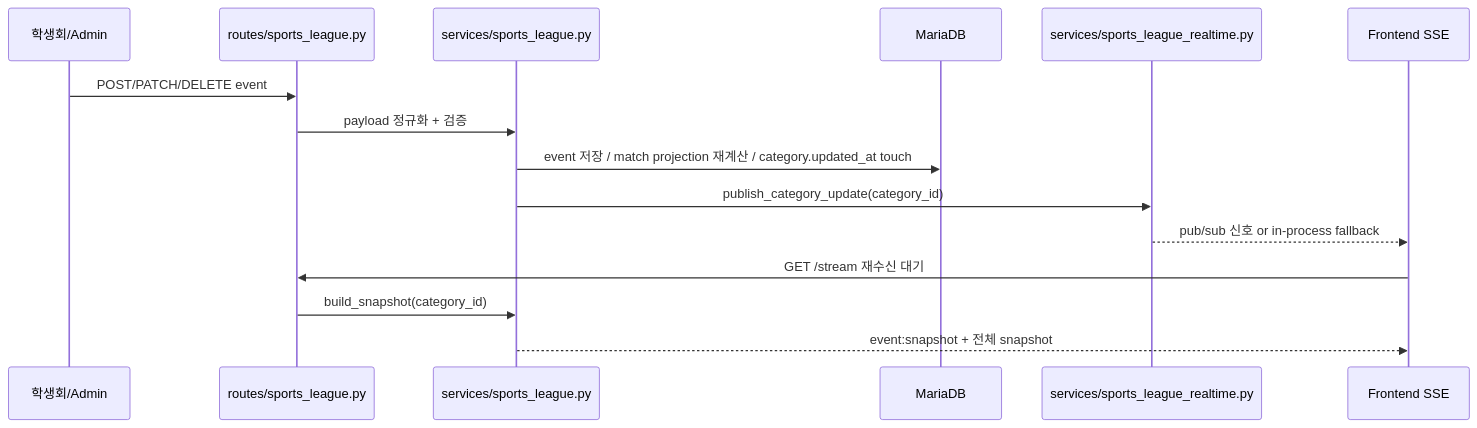
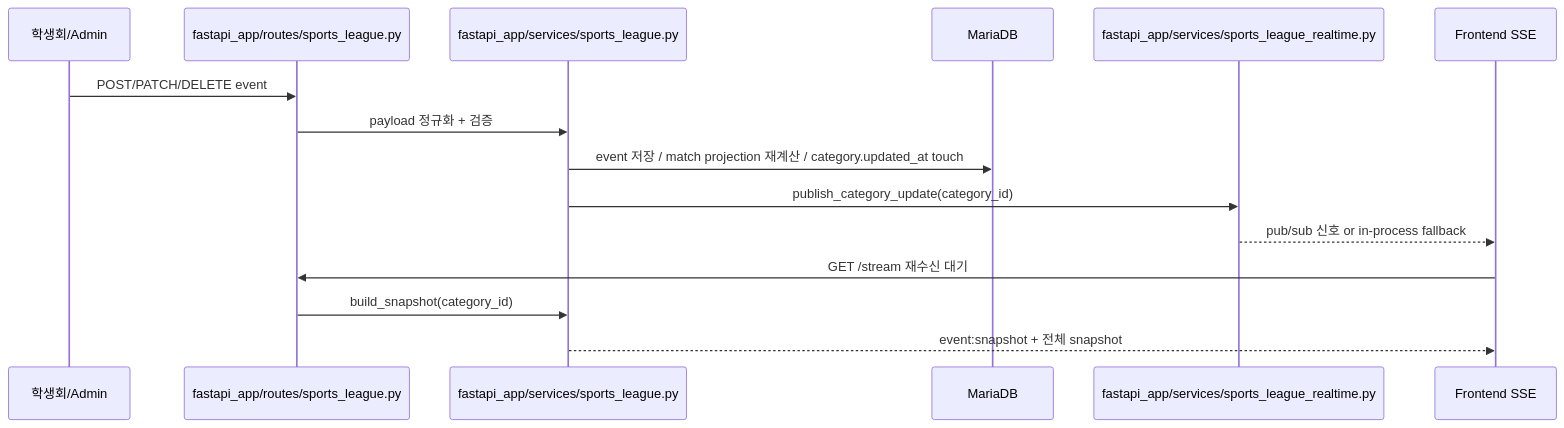
The eighth of 10 diagrams in backend/docs/backend_architecture.md (hanjm-github/beomseo.in), drawn with Mermaid before and after one commit. The commit also changed other lines of this file and 29 other files, not shown here.

````diff
--- a/backend/docs/backend_architecture.md
+++ b/backend/docs/backend_architecture.md
@@ -420,18 +424,18 @@
 ```mermaid
 sequenceDiagram
     participant Operator as 학생회/Admin
-    participant Route as routes/sports_league.py
-    participant Service as services/sports_league.py
+    participant Route as fastapi_app/routes/sports_league.py
+    participant Service as fastapi_app/services/sports_league.py
     participant DB as MariaDB
-    participant RT as services/sports_league_realtime.py
+    participant RT as fastapi_app/services/sports_league_realtime.py
     participant FE as Frontend SSE
 
     Operator->>Route: POST/PATCH/DELETE event
     Route->>Service: payload 정규화 + 검증
     Service->>DB: event 저장 / match projection 재계산 / category.updated_at touch
     Service->>RT: publish_category_update(category_id)
     RT-->>FE: pub/sub 신호 or in-process fallback
     FE->>Route: GET /stream 재수신 대기
     Route->>Service: build_snapshot(category_id)
     Service-->>FE: event:snapshot + 전체 snapshot
 ```
````
